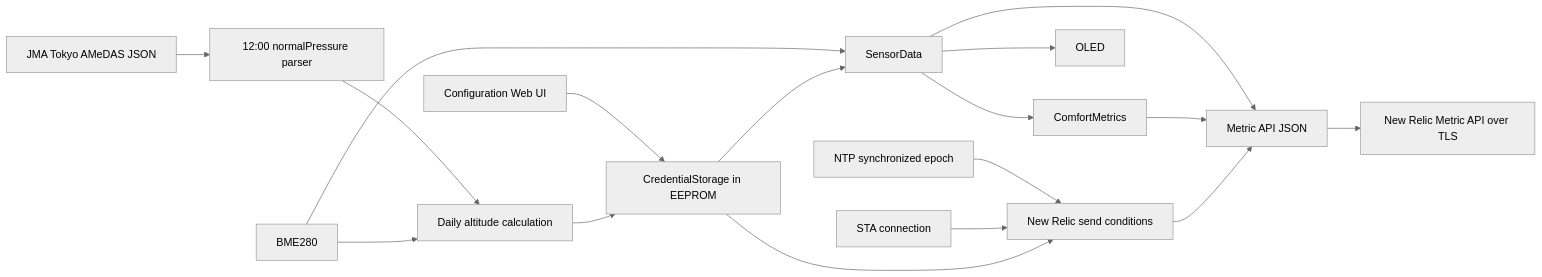
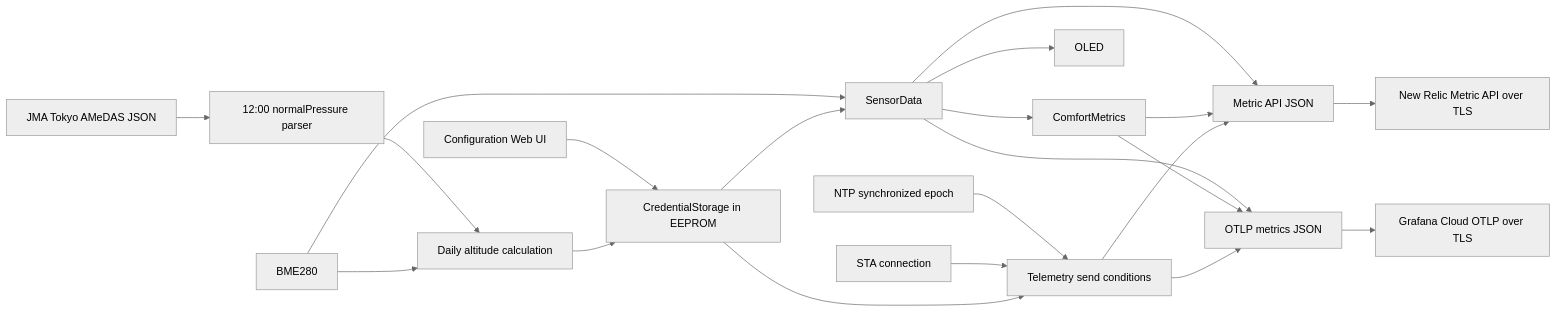
Before and after one commit to tkumata/climate-monitor: the diagram in docs/DESIGN.md, drawn with Mermaid (neutral theme). The commit also changed other lines of this file and 8 other files, not shown here.

First line of the commit message:
feat: Grafana Cloud OTLP へのメトリクス送信機能を追加

````diff
--- a/docs/DESIGN.md
+++ b/docs/DESIGN.md
@@ -15,19 +15,23 @@
 ```mermaid
 flowchart LR
   WEB["Configuration Web UI"] --> STORE["CredentialStorage in EEPROM"]
   JMA["JMA Tokyo AMeDAS JSON"] --> PARSER["12:00 normalPressure parser"]
   PARSER --> CALC["Daily altitude calculation"]
   BME --> CALC
   CALC --> STORE
   BME["BME280"] --> DATA["SensorData"]
   STORE --> DATA
   DATA --> METRICS["ComfortMetrics"]
   DATA --> OLED["OLED"]
   DATA --> PAYLOAD["Metric API JSON"]
   METRICS --> PAYLOAD
-  NTP["NTP synchronized epoch"] --> GATE["New Relic send conditions"]
+  NTP["NTP synchronized epoch"] --> GATE["Telemetry send conditions"]
   WIFI["STA connection"] --> GATE
   STORE --> GATE
   GATE --> PAYLOAD
   PAYLOAD --> NR["New Relic Metric API over TLS"]
+  DATA --> OTLP["OTLP metrics JSON"]
+  METRICS --> OTLP
+  GATE --> OTLP
+  OTLP --> GRAFANA["Grafana Cloud OTLP over TLS"]
 ```
````
